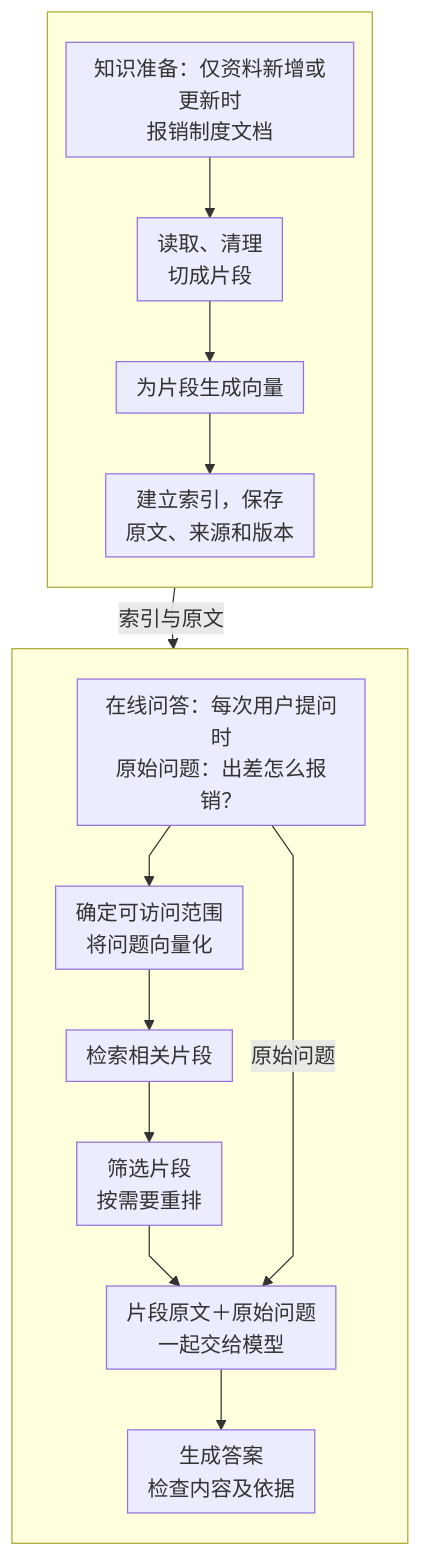
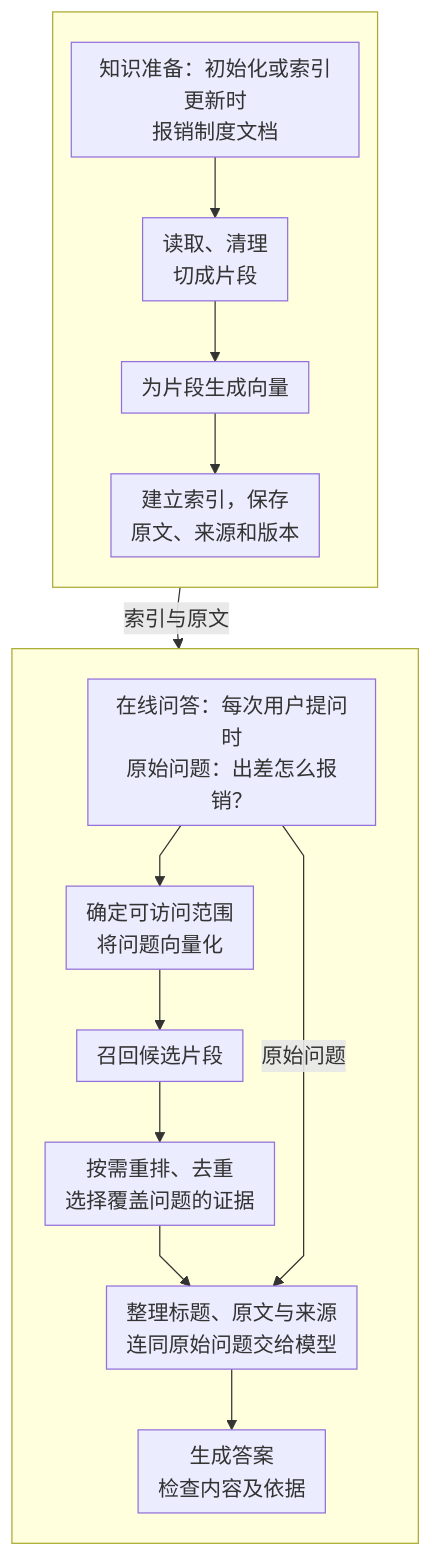
Before and after one commit to didilili/mianstack: the diagram in questions/Q-0047.md, drawn with Mermaid. The commit also changed other lines of this file and 81 other files, not shown here.

````diff
--- a/questions/Q-0047.md
+++ b/questions/Q-0047.md
@@ -34,21 +34,21 @@
 ```mermaid
 %%{init: {"themeVariables":{"fontSize":"17px","fontFamily":"sans-serif"},"flowchart":{"nodeSpacing":10,"rankSpacing":24,"padding":8,"diagramPadding":8,"curve":"linear"}}}%%
 flowchart TD
     subgraph PREP[" "]
         direction TB
-        D["知识准备：仅资料新增或更新时<br/>报销制度文档"] --> C["读取、清理<br/>切成片段"]
+        D["知识准备：初始化或索引更新时<br/>报销制度文档"] --> C["读取、清理<br/>切成片段"]
         C --> V["为片段生成向量"]
         V --> K["建立索引，保存<br/>原文、来源和版本"]
     end
     subgraph ASK[" "]
         direction TB
         Q["在线问答：每次用户提问时<br/>原始问题：出差怎么报销？"] --> E["确定可访问范围<br/>将问题向量化"]
-        E --> R["检索相关片段"]
-        R --> P["筛选片段<br/>按需要重排"]
-        P --> G["片段原文＋原始问题<br/>一起交给模型"]
+        E --> R["召回候选片段"]
+        R --> P["按需重排、去重<br/>选择覆盖问题的证据"]
+        P --> G["整理标题、原文与来源<br/>连同原始问题交给模型"]
         G --> A["生成答案<br/>检查内容及依据"]
     end
     K -->|索引与原文| R
     Q -->|原始问题| G
     K ~~~ Q
 ```
````
